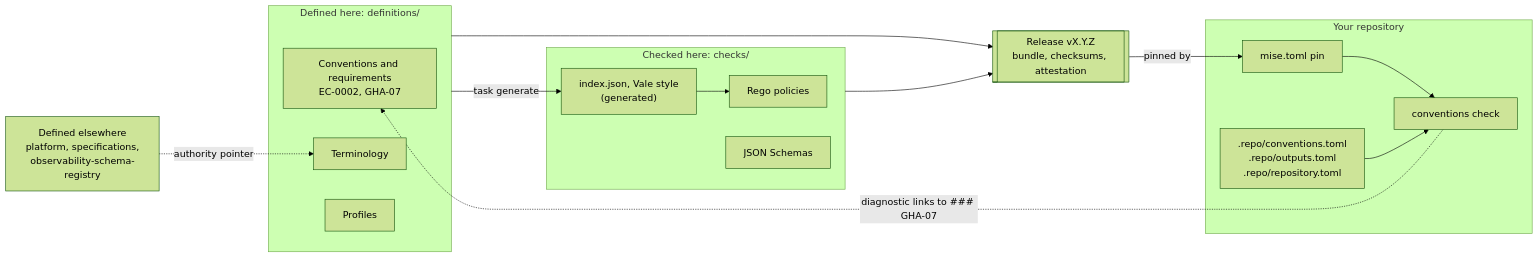
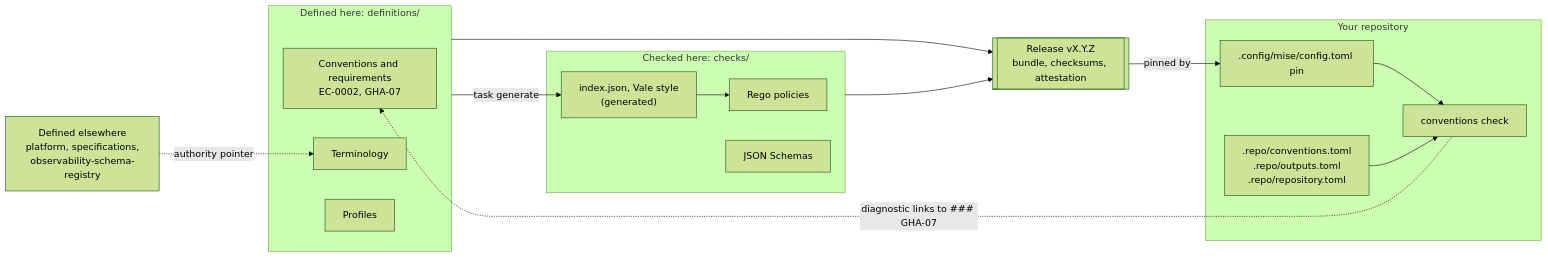
The diagram in README.md (musher-dev/engineering-conventions), drawn with Mermaid (forest theme) before and after one commit. The commit also changed other lines of this file and 521 other files, not shown here.

````diff
--- a/README.md
+++ b/README.md
@@ -54,30 +54,30 @@
 ```mermaid
 flowchart LR
   subgraph defined["Defined here: definitions/"]
     conventions["Conventions and requirements<br/>EC-0002, GHA-07"]
     terminology["Terminology"]
     profiles["Profiles"]
   end
   subgraph checked["Checked here: checks/"]
     rego["Rego policies"]
     schemas["JSON Schemas"]
     generated["index.json, Vale style<br/>(generated)"]
   end
   release[["Release vX.Y.Z<br/>bundle, checksums, attestation"]]
   subgraph yours["Your repository"]
-    pin["mise.toml pin"]
+    pin[".config/mise/config.toml pin"]
     declarations[".repo/conventions.toml<br/>.repo/outputs.toml<br/>.repo/repository.toml"]
     check["conventions check"]
   end
   upstream["Defined elsewhere<br/>platform, specifications,<br/>observability-schema-registry"]
 
   defined -- "task generate" --> generated
   generated --> rego
   defined --> release
   checked --> release
   release -- "pinned by" --> pin
   pin --> check
   declarations --> check
   check -. "diagnostic links to ### GHA-07" .-> conventions
   upstream -. "authority pointer" .-> terminology
 ```
````
